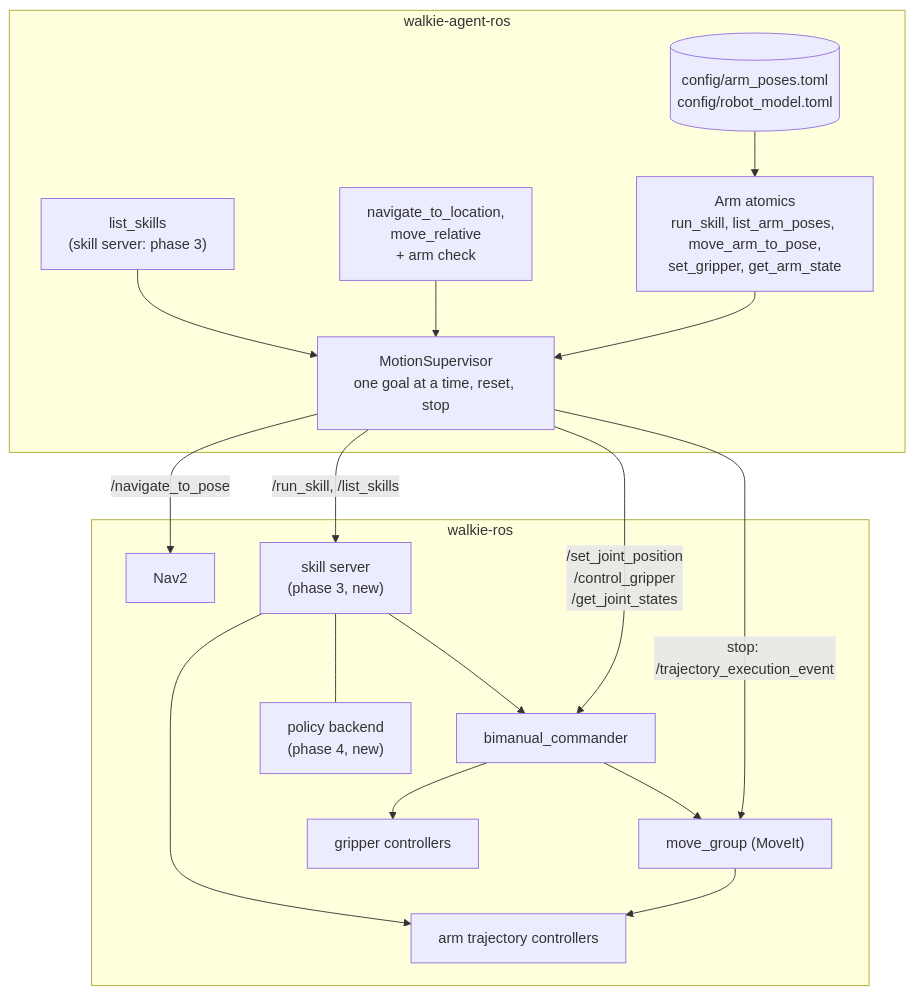
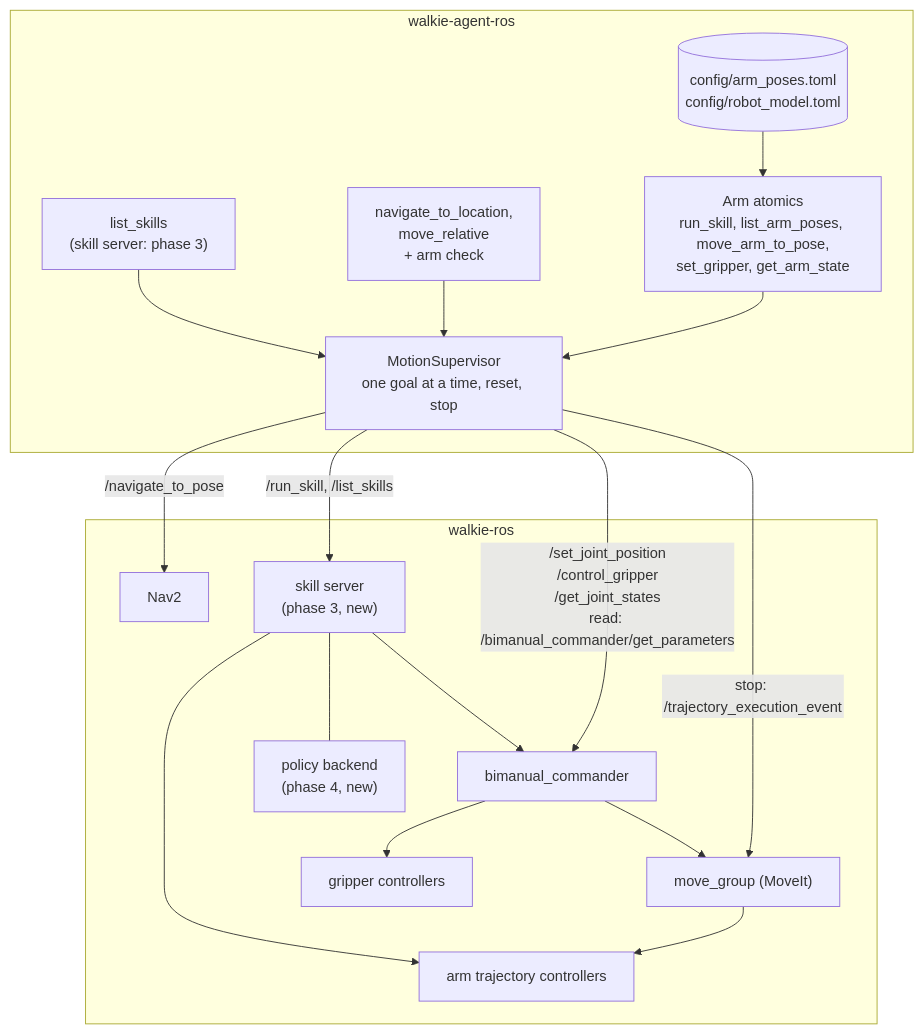
The first of 4 diagrams in docs/architecture/manipulation.md (EIC-Robocup-2026/walkie-agent-ros), drawn with Mermaid before and after one commit. The commit also changed other lines of this file and 10 other files, not shown here.

First line of the commit message:
fix: judge a close by the commander's own grasp band, read back from it

````diff
--- a/docs/architecture/manipulation.md
+++ b/docs/architecture/manipulation.md
@@ -67,35 +67,35 @@
 ```mermaid
 flowchart TB
   subgraph agent["walkie-agent-ros"]
     cfg[("config/arm_poses.toml<br/>config/robot_model.toml")]
     llm_tools["Arm atomics<br/>run_skill, list_arm_poses, move_arm_to_pose,<br/>set_gripper, get_arm_state"]
     nav_tool["navigate_to_location,<br/>move_relative<br/>+ arm check"]
     skill_tools["list_skills<br/>(skill server: phase 3)"]
     ms["MotionSupervisor<br/>one goal at a time, reset, stop"]
   end
 
   subgraph robot["walkie-ros"]
     cmd["bimanual_commander"]
     mg["move_group (MoveIt)"]
     jtc["arm trajectory controllers"]
     grip["gripper controllers"]
     nav2["Nav2"]
     skills["skill server<br/>(phase 3, new)"]
     policy["policy backend<br/>(phase 4, new)"]
   end
 
   cfg --> llm_tools
   llm_tools --> ms
   nav_tool --> ms
   skill_tools --> ms
-  ms -- "/set_joint_position<br/>/control_gripper<br/>/get_joint_states" --> cmd
+  ms -- "/set_joint_position<br/>/control_gripper<br/>/get_joint_states<br/>read: /bimanual_commander/get_parameters" --> cmd
   ms -- "stop: /trajectory_execution_event" --> mg
   ms -- "/navigate_to_pose" --> nav2
   ms -- "/run_skill, /list_skills" --> skills
   cmd --> mg
   mg --> jtc
   cmd --> grip
   skills --> cmd
   skills --> jtc
   skills --- policy
 ```
````
